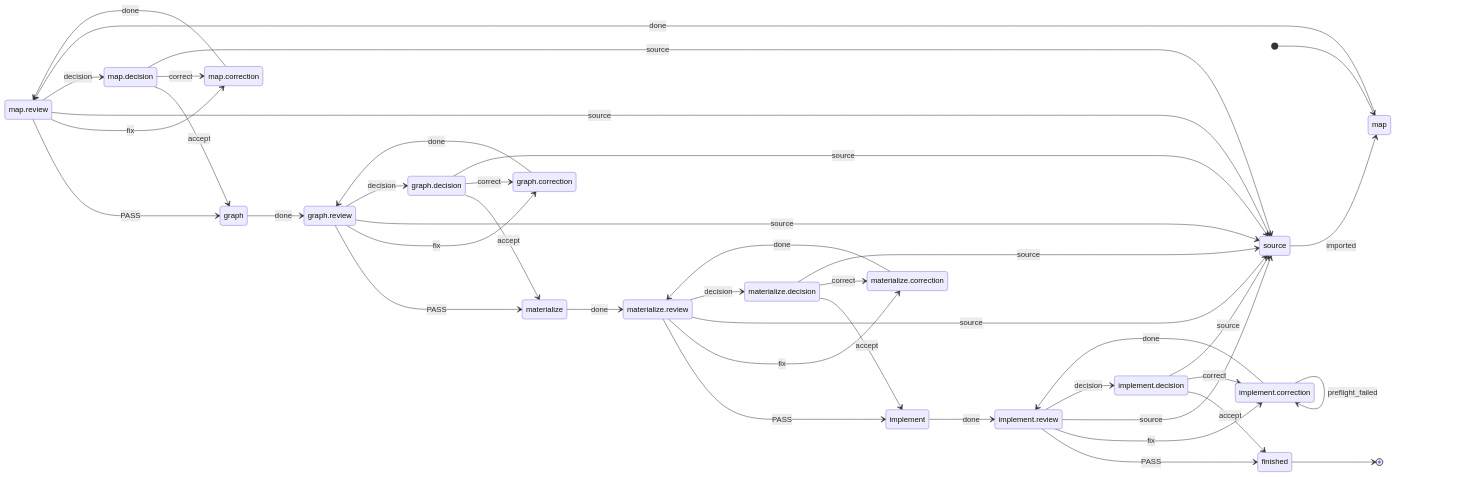
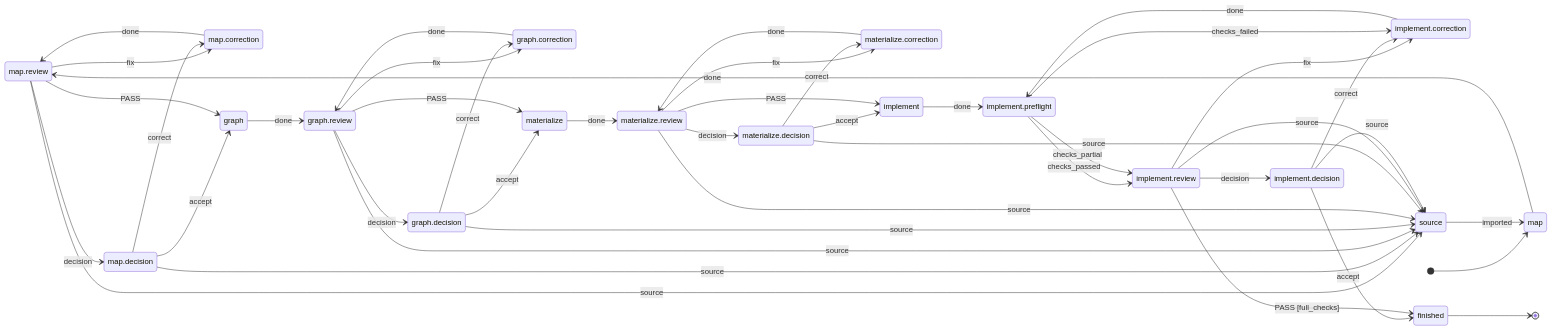
One commit to blaumohn/ki-dev changed the second of 2 diagrams in README.md. Above: the diagram before and after it, drawn with Mermaid. The commit also changed 19 other files, not shown here.

First line of the commit message:
implement.preflight als Maschinenzustand, Teillauf als Wächter (ki-dev-ablauf-gna.7.3)

````diff
--- a/README.md
+++ b/README.md
@@ -191,56 +191,59 @@
 ```mermaid
 stateDiagram-v2
     direction LR
     state "map.review" as map_review
     state "map.correction" as map_correction
     state "map.decision" as map_decision
     state "graph.review" as graph_review
     state "graph.correction" as graph_correction
     state "graph.decision" as graph_decision
     state "materialize.review" as materialize_review
     state "materialize.correction" as materialize_correction
     state "materialize.decision" as materialize_decision
     state "implement.review" as implement_review
     state "implement.correction" as implement_correction
     state "implement.decision" as implement_decision
+    state "implement.preflight" as implement_preflight
     [*] --> map
-    map --> map_review: done
-    map_review --> graph: PASS
     map_review --> map_correction: fix
     map_review --> source: source
     map_review --> map_decision: decision
-    map_correction --> map_review: done
     map_decision --> graph: accept
     map_decision --> map_correction: correct
     map_decision --> source: source
-    graph --> graph_review: done
-    graph_review --> materialize: PASS
+    map --> map_review: done
+    map_correction --> map_review: done
+    map_review --> graph: PASS
     graph_review --> graph_correction: fix
     graph_review --> source: source
     graph_review --> graph_decision: decision
-    graph_correction --> graph_review: done
     graph_decision --> materialize: accept
     graph_decision --> graph_correction: correct
     graph_decision --> source: source
-    materialize --> materialize_review: done
-    materialize_review --> implement: PASS
+    graph --> graph_review: done
+    graph_correction --> graph_review: done
+    graph_review --> materialize: PASS
     materialize_review --> materialize_correction: fix
     materialize_review --> source: source
     materialize_review --> materialize_decision: decision
-    materialize_correction --> materialize_review: done
     materialize_decision --> implement: accept
     materialize_decision --> materialize_correction: correct
     materialize_decision --> source: source
-    implement --> implement_review: done
-    implement_review --> finished: PASS
+    materialize --> materialize_review: done
+    materialize_correction --> materialize_review: done
+    materialize_review --> implement: PASS
     implement_review --> implement_correction: fix
     implement_review --> source: source
     implement_review --> implement_decision: decision
-    implement_correction --> implement_review: done
     implement_decision --> finished: accept
     implement_decision --> implement_correction: correct
     implement_decision --> source: source
-    implement_correction --> implement_correction: preflight_failed
+    implement --> implement_preflight: done
+    implement_correction --> implement_preflight: done
+    implement_preflight --> implement_review: checks_passed
+    implement_preflight --> implement_review: checks_partial
+    implement_preflight --> implement_correction: checks_failed
+    implement_review --> finished: PASS [full_checks]
     source --> map: imported
     finished --> [*]
 ```
````
